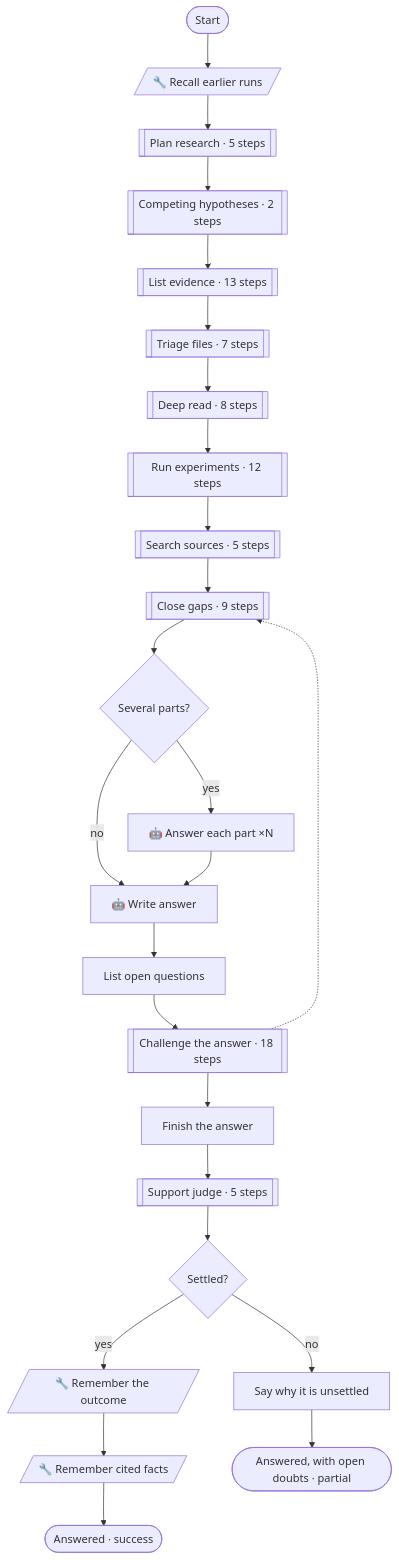
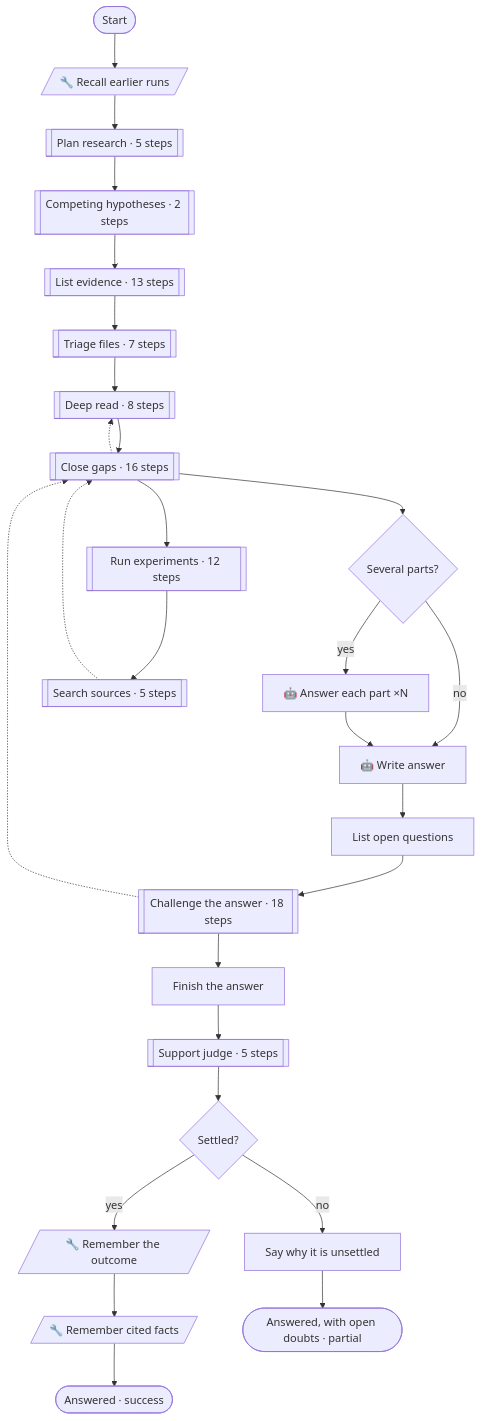
The first of 7 diagrams in docs/patterns.md (pirty6/symphony-core), drawn with Mermaid before and after one commit. The commit also changed other lines of this file and 5 other files, not shown here.

````diff
--- a/docs/patterns.md
+++ b/docs/patterns.md
@@ -80,50 +80,52 @@
 ```mermaid
 flowchart TD
   n_start(["Start"])
   n_recall[/"🔧 Recall earlier runs"/]
   n_multiPart{"Several parts?"}
   n_answerParts["🤖 Answer each part ×N"]
   n_answer["🤖 Write answer"]
   n_listOpen["List open questions"]
   n_attachParts["Finish the answer"]
   n_settled{"Settled?"}
   n_noteDoubts["Say why it is unsettled"]
   n_learnAnswer[/"🔧 Remember the outcome"/]
   n_rememberCited[/"🔧 Remember cited facts"/]
   n_done(["Answered · success"])
   n_doubts(["Answered, with open doubts · partial"])
   n_planPhase[["Plan research · 5 steps"]]
   n_hypothesesPhase[["Competing hypotheses · 2 steps"]]
   n_listPhase[["List evidence · 13 steps"]]
   n_triagePhase[["Triage files · 7 steps"]]
   n_deepPhase[["Deep read · 8 steps"]]
   n_experimentPhase[["Run experiments · 12 steps"]]
   n_sourcePhase[["Search sources · 5 steps"]]
-  n_gapPhase[["Close gaps · 9 steps"]]
+  n_gapPhase[["Close gaps · 16 steps"]]
   n_challengePhase[["Challenge the answer · 18 steps"]]
   n_judgePhase[["Support judge · 5 steps"]]
   n_start --> n_recall
   n_recall --> n_planPhase
   n_planPhase --> n_hypothesesPhase
   n_hypothesesPhase --> n_listPhase
   n_listPhase --> n_triagePhase
   n_triagePhase --> n_deepPhase
-  n_deepPhase --> n_experimentPhase
+  n_deepPhase --> n_gapPhase
+  n_gapPhase --> n_experimentPhase
   n_experimentPhase --> n_sourcePhase
-  n_sourcePhase --> n_gapPhase
+  n_sourcePhase -.-> n_gapPhase
+  n_gapPhase -.-> n_deepPhase
   n_gapPhase --> n_multiPart
   n_multiPart -->|"yes"| n_answerParts
   n_multiPart -->|"no"| n_answer
   n_answerParts --> n_answer
   n_answer --> n_listOpen
   n_listOpen --> n_challengePhase
   n_challengePhase --> n_attachParts
   n_challengePhase -.-> n_gapPhase
   n_attachParts --> n_judgePhase
   n_judgePhase --> n_settled
   n_settled -->|"yes"| n_learnAnswer
   n_settled -->|"no"| n_noteDoubts
   n_learnAnswer --> n_rememberCited
   n_rememberCited --> n_done
   n_noteDoubts --> n_doubts
 ```
````
